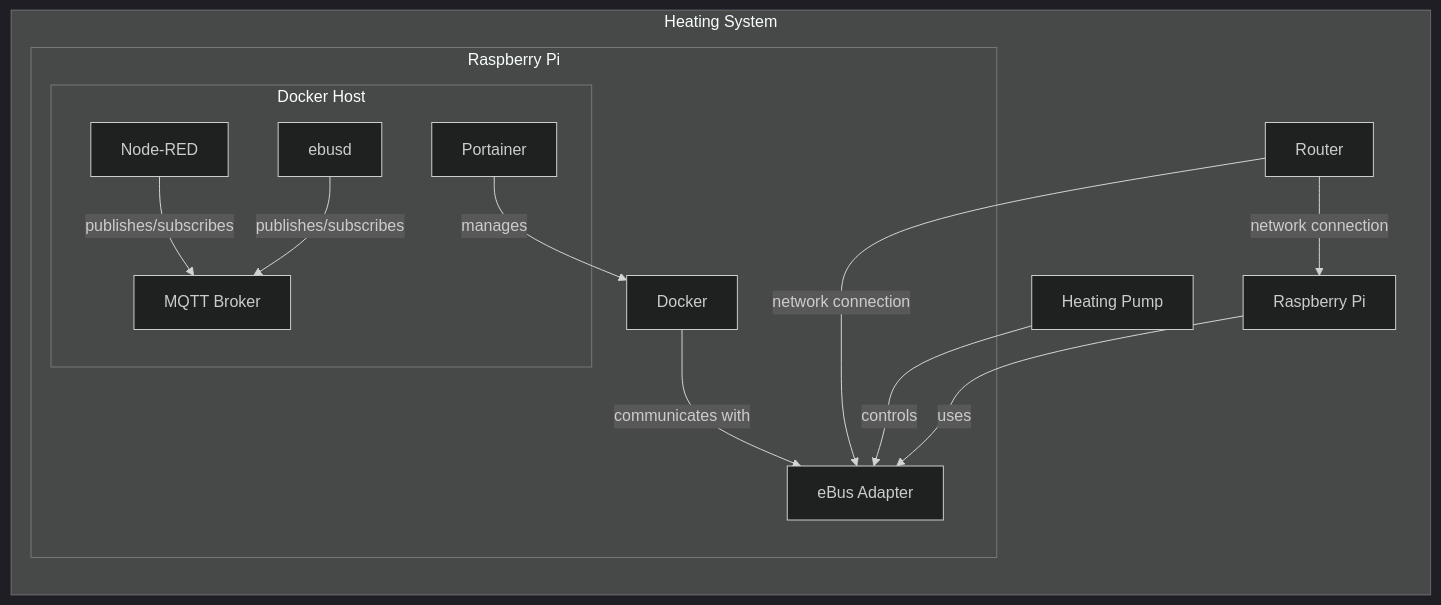
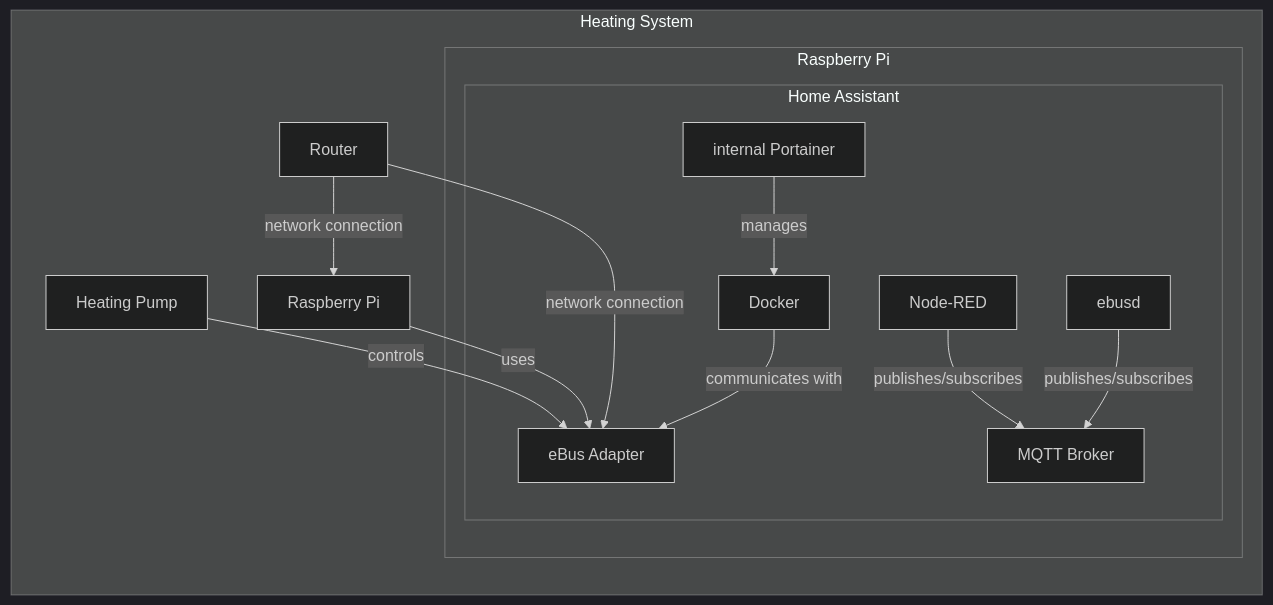
Before and after one commit to wiedwo/ebusd-guide-Ochsner-GMWW-with-Home-Assistant: the diagram in README.md, drawn with Mermaid. The commit also changed other lines of this file, not shown here.

````diff
--- a/README.md
+++ b/README.md
@@ -22,25 +22,25 @@
 ```mermaid
 %%{init: {'theme':'dark'}}%%
 graph LR  
     subgraph Heating System  
         Pump[Heating Pump] -->|controls| Adapter[eBus Adapter]  
         Pi[Raspberry Pi] -->|uses| Adapter  
         Router[Router] -->|network connection| Pi  
         Router -->|network connection| Adapter  
   
         subgraph Raspberry Pi  
-            subgraph Docker Host  
+            subgraph Home Assistant  
                 NodeRed[Node-RED]  
                 Ebusd[ebusd]  
                 MqttBroker[MQTT Broker]  
-                Portainer[Portainer]  
+                Portainer[internal Portainer]
+                Docker -->|communicates with| Adapter 
             end  
   
-            Docker -->|communicates with| Adapter  
             NodeRed -->|publishes/subscribes| MqttBroker  
             Ebusd -->|publishes/subscribes| MqttBroker  
             Portainer -->|manages| Docker  
         end  
     end  
 
 ```
````
